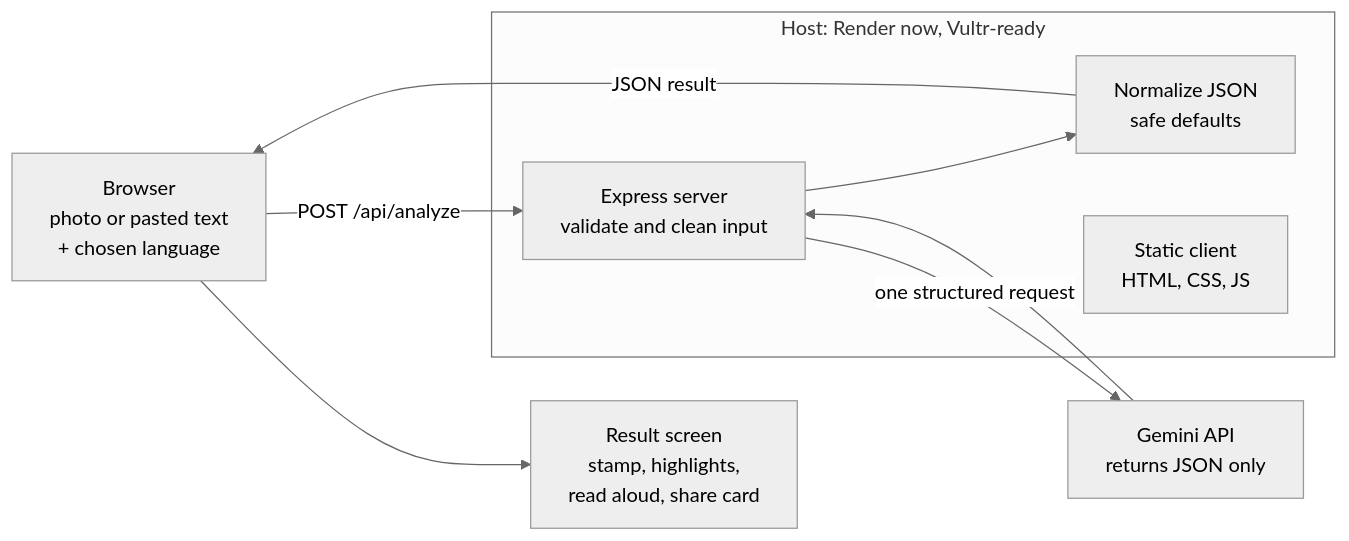
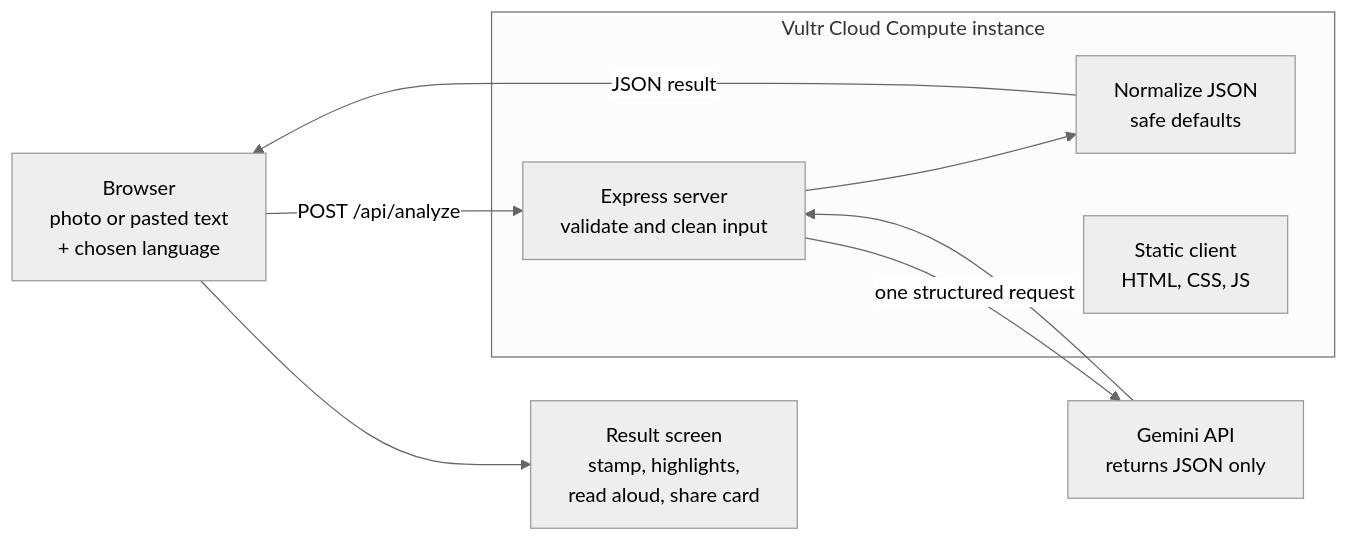
The diagram in README.md (HighPriest19/plainly-hackglobal), drawn with Mermaid (neutral theme) before and after one commit. The commit also changed other lines of this file, not shown here.

````diff
--- a/README.md
+++ b/README.md
@@ -45,14 +45,14 @@
 ```mermaid
 flowchart LR
     U[Browser<br/>photo or pasted text<br/>+ chosen language] -->|POST /api/analyze| S
 
-    subgraph V[Host: Render now, Vultr-ready]
+    subgraph V[Vultr Cloud Compute instance]
         S[Express server<br/>validate and clean input] --> M[Normalize JSON<br/>safe defaults]
         ST[Static client<br/>HTML, CSS, JS]
     end
 
     S -->|one structured request| G[Gemini API<br/>returns JSON only]
     G --> S
     M -->|JSON result| U
     U --> R[Result screen<br/>stamp, highlights,<br/>read aloud, share card]
 ```
````
